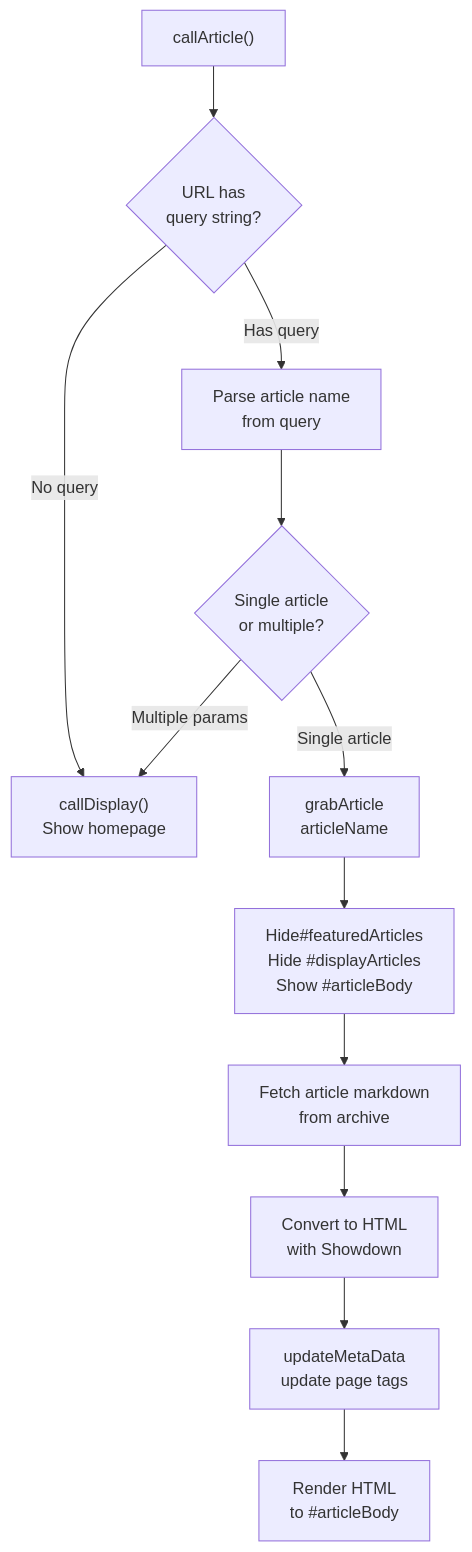
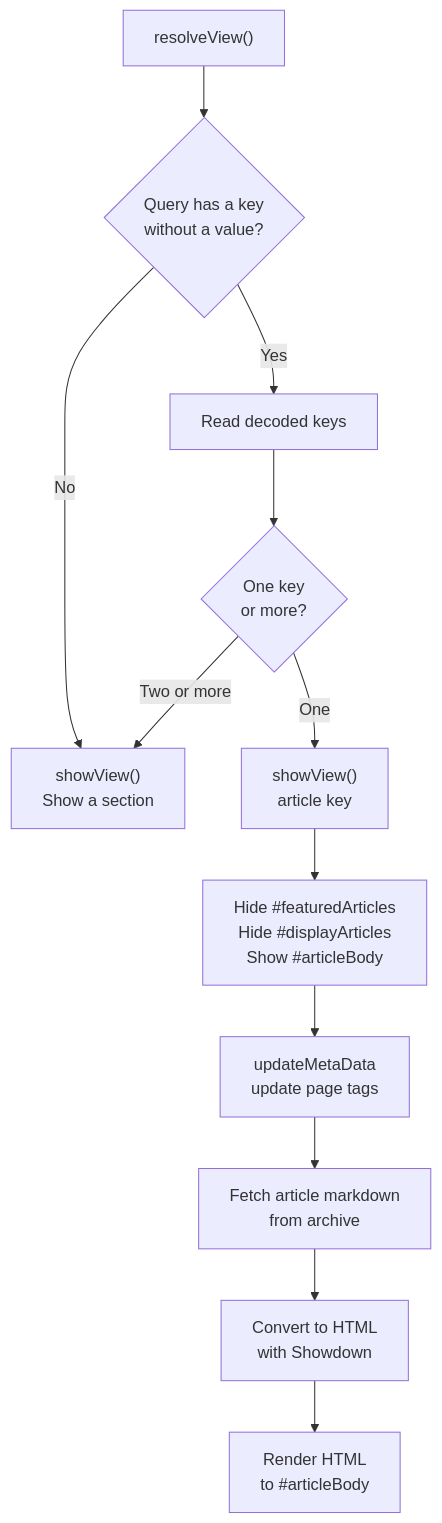
Before and after one commit to AlexJSully/Small-Dev-Talk: the third of 5 diagrams in docs/architecture/data-flow.md, drawn with Mermaid. The commit also changed other lines of this file and 9 other files, not shown here.

First line of the commit message:
Shrink ArticleFiller to three methods and fix query-string routing (#122)

````diff
--- a/docs/architecture/data-flow.md
+++ b/docs/architecture/data-flow.md
@@ -152,16 +152,16 @@
 ```mermaid
 flowchart TD
-    accTitle: Article loading logic in callArticle()
-    accDescr: callArticle() checks for a query string. No query or multiple parameters shows the homepage. A single article triggers grabArticle, which hides the featured and display sections, shows articleBody, fetches the Markdown, converts it with Showdown, updates metadata, and renders to articleBody.
-    A["callArticle()"] --> B{"URL has<br/>query string?"}
-    B -->|No query| C["callDisplay()<br/>Show homepage"]
-    B -->|Has query| D["Parse article name<br/>from query"]
-    D --> E{"Single article<br/>or multiple?"}
-    E -->|Multiple params| C
-    E -->|Single article| F["grabArticle<br/>articleName"]
-    F --> G["Hide#featuredArticles<br/>Hide #displayArticles<br/>Show #articleBody"]
-    G --> H["Fetch article markdown<br/>from archive"]
+    accTitle: Article loading logic in resolveView() and showView()
+    accDescr: resolveView() reads the decoded keys of the query string, leaving out parameters with a value and empty segments. No key, or two or more keys, shows a section or the archive. A single article key makes showView() hide the featured and display sections, show articleBody, update metadata, fetch the Markdown, convert it with Showdown, and render it to articleBody.
+    A["resolveView()"] --> B{"Query has a key<br/>without a value?"}
+    B -->|No| C["showView()<br/>Show a section"]
+    B -->|Yes| D["Read decoded keys"]
+    D --> E{"One key<br/>or more?"}
+    E -->|Two or more| C
+    E -->|One| F["showView()<br/>article key"]
+    F --> G["Hide #featuredArticles<br/>Hide #displayArticles<br/>Show #articleBody"]
+    G --> J["updateMetaData<br/>update page tags"]
+    J --> H["Fetch article markdown<br/>from archive"]
     H --> I["Convert to HTML<br/>with Showdown"]
-    I --> J["updateMetaData<br/>update page tags"]
-    J --> K["Render HTML<br/>to #articleBody"]
+    I --> K["Render HTML<br/>to #articleBody"]
 ```
````
